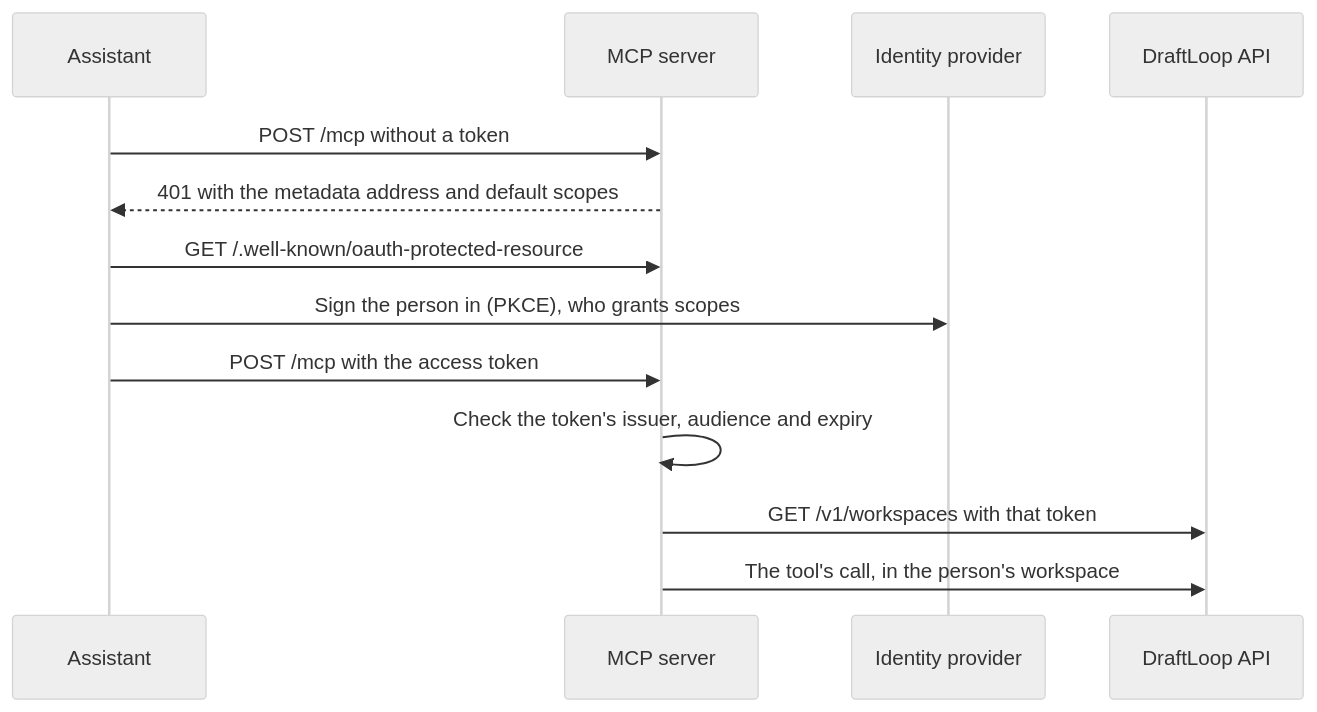
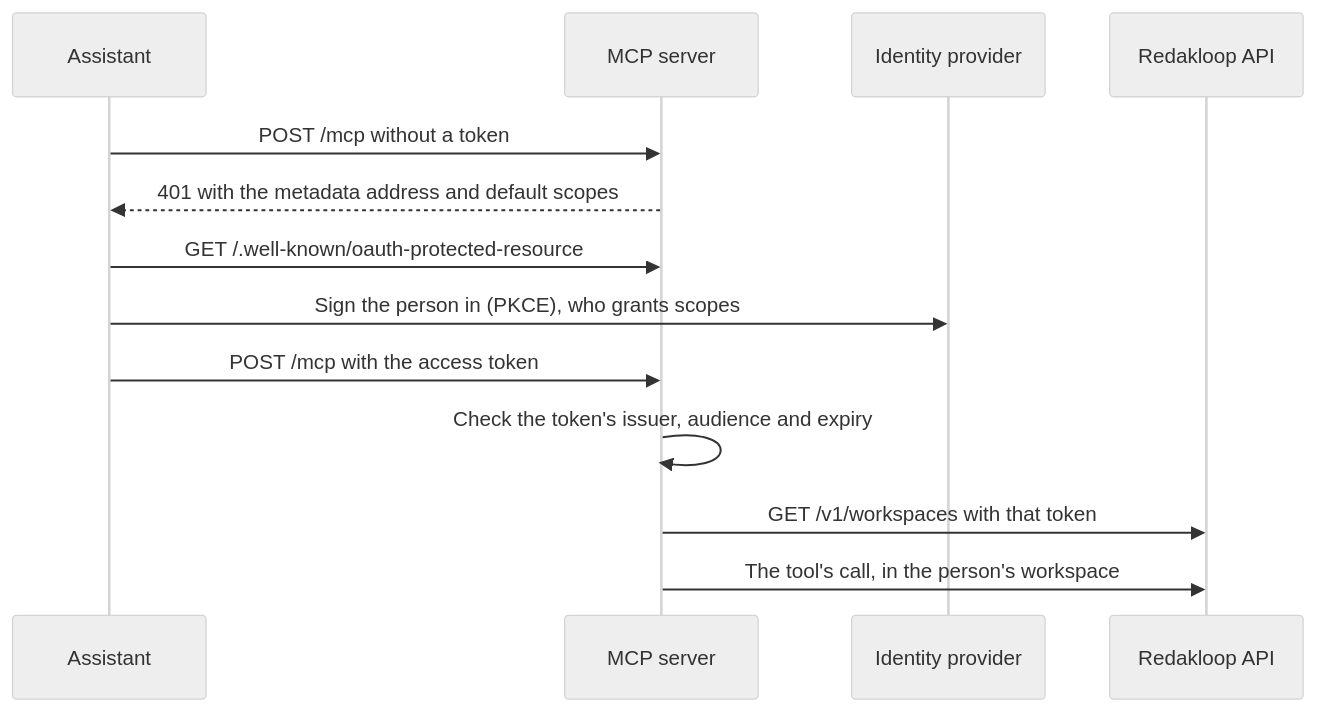
One commit to akoita/draft-loop changed the diagram in docs/reference/agent-channel.md. Above: the diagram before and after it, drawn with Mermaid (neutral theme). The commit also changed other lines of this file and 319 other files, not shown here.

````diff
--- a/docs/reference/agent-channel.md
+++ b/docs/reference/agent-channel.md
@@ -437,15 +437,15 @@
 ```mermaid
 sequenceDiagram
   participant A as Assistant
   participant M as MCP server
   participant I as Identity provider
-  participant D as DraftLoop API
+  participant D as Redakloop API
   A->>M: POST /mcp without a token
   M-->>A: 401 with the metadata address and default scopes
   A->>M: GET /.well-known/oauth-protected-resource
   A->>I: Sign the person in (PKCE), who grants scopes
   A->>M: POST /mcp with the access token
   M->>M: Check the token's issuer, audience and expiry
   M->>D: GET /v1/workspaces with that token
   M->>D: The tool's call, in the person's workspace
 ```
````
